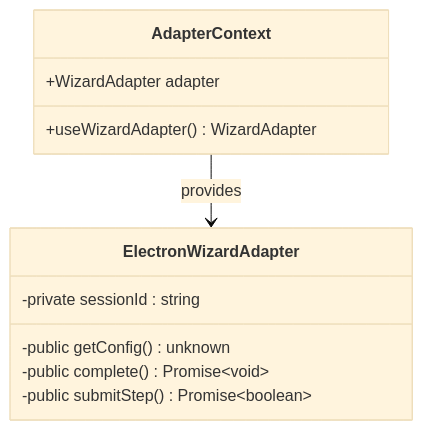
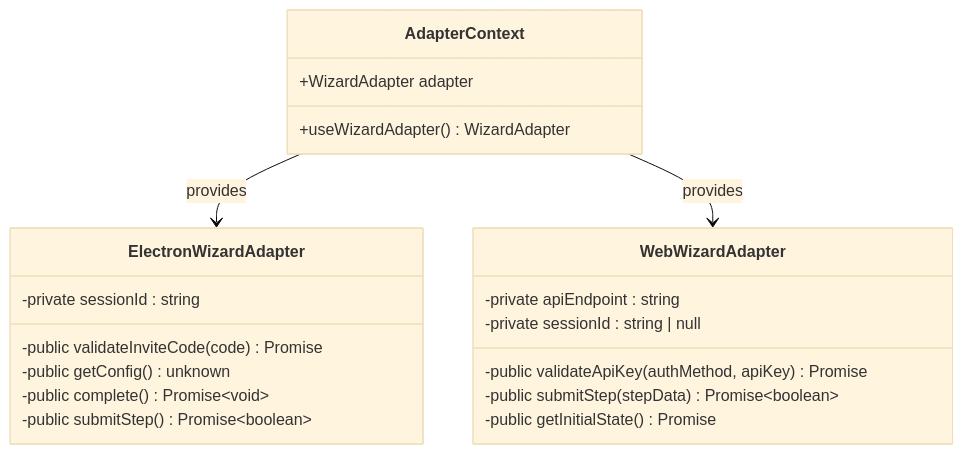
One commit to verse-ai-org/openclaw changed the eighth of 11 diagrams in .qoder/repowiki/zh/content/设置向导状态管理.md. Above: the diagram before and after it, drawn with Mermaid (base theme). The commit also changed other lines of this file and 31 other files, not shown here.

````diff
--- a/.qoder/repowiki/zh/content/设置向导状态管理.md
+++ b/.qoder/repowiki/zh/content/设置向导状态管理.md
@@ -296,14 +319,23 @@
 ```mermaid
 classDiagram
 class AdapterContext {
 +WizardAdapter adapter
 +useWizardAdapter() WizardAdapter
 }
 class ElectronWizardAdapter {
 -private sessionId : string
+-public validateInviteCode(code) Promise
 -public getConfig() unknown
 -public complete() Promise~void~
 -public submitStep() Promise~boolean~
 }
+class WebWizardAdapter {
+-private apiEndpoint : string
+-private sessionId : string | null
+-public validateApiKey(authMethod, apiKey) Promise
+-public submitStep(stepData) Promise~boolean~
+-public getInitialState() Promise
+}
 AdapterContext --> ElectronWizardAdapter : provides
+AdapterContext --> WebWizardAdapter : provides
 ```
````
